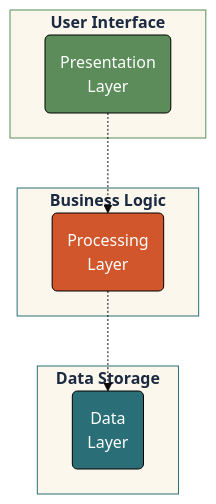
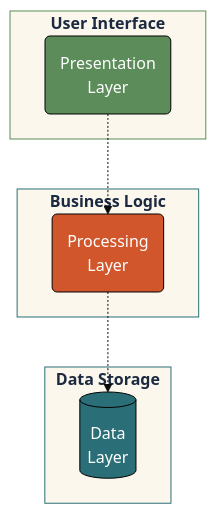
One commit to mjfrigaard/do4ds-labs changed the first of 5 diagrams in lab02.qmd. Above: the diagram before and after it, drawn with Mermaid. The commit also changed other lines of this file and 19 other files, not shown here.

````diff
--- a/lab02.qmd
+++ b/lab02.qmd
@@ -57,29 +59,29 @@
 ```{mermaid}
 %%| fig-cap: 'Three Layer App Architecture'
 %%| fig-align: 'center'
 %%{init: {'theme': 'base', 'themeVariables': {'fontFamily': 'monospace'}}}%%
 flowchart TD
     Present("Presentation<br>Layer") -.-> Process("Processing<br>Layer")
-    Process -.-> Data("Data<br>Layer")
+    Process -.-> Data[("Data<br>Layer")]
     
     subgraph UI["<strong>User Interface</strong>"]
         Present
     end
     
     subgraph BL["<strong>Business Logic</strong>"]
         Process
     end
     
     subgraph DS["<strong>Data Storage</strong>"]
         Data
     end
     
     %% #b5c0c5 is a tint of #6b818c
     style Present fill:#5B8C5A,stroke:#000000,stroke-width:1px,color:#ffffff
     style Process fill:#D2562B,stroke:#000000,stroke-width:1px,color:#ffffff
     style Data fill:#2A6F77,stroke:#000000,stroke-width:1px,color:#ffffff
     style UI fill:#fbf7ec,stroke:#5B8C5A,color:#1B2A41
     style BL fill:#fbf7ec,stroke:#2A6F77,color:#1B2A41
     style DS fill:#fbf7ec,stroke:#2A6F77,color:#1B2A41
     
 ```
````
